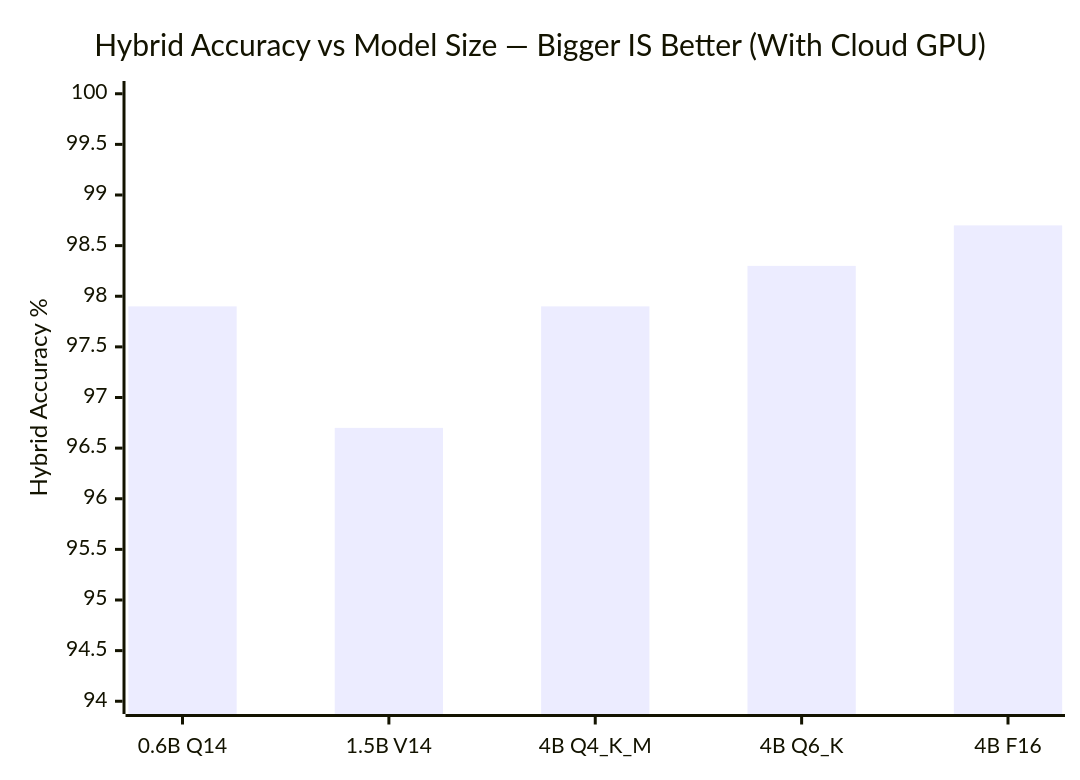
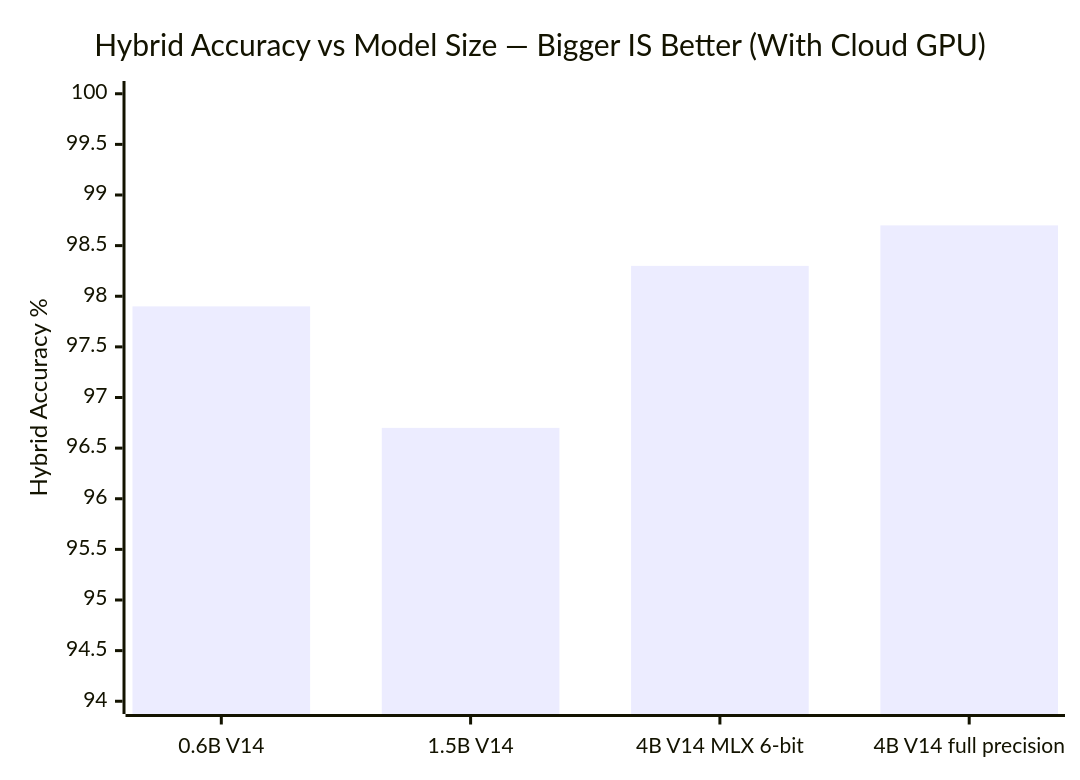
Before and after one commit to FaisalFehad/llm_eval_harness: the third of 3 diagrams in README.md, drawn with Mermaid. The commit also changed other lines of this file and 102 other files, not shown here.

````diff
--- a/README.md
+++ b/README.md
@@ -640,7 +644,7 @@
 ```mermaid
 xychart-beta
     title "Hybrid Accuracy vs Model Size — Bigger IS Better (With Cloud GPU)"
-    x-axis ["0.6B Q14", "1.5B V14", "4B Q4_K_M", "4B Q6_K", "4B F16"]
+    x-axis ["0.6B V14", "1.5B V14", "4B V14 MLX 6-bit", "4B V14 full precision"]
     y-axis "Hybrid Accuracy %" 94 --> 100
-    bar [97.9, 96.7, 97.9, 98.3, 98.7]
+    bar [97.9, 96.7, 98.3, 98.7]
 ```
````
